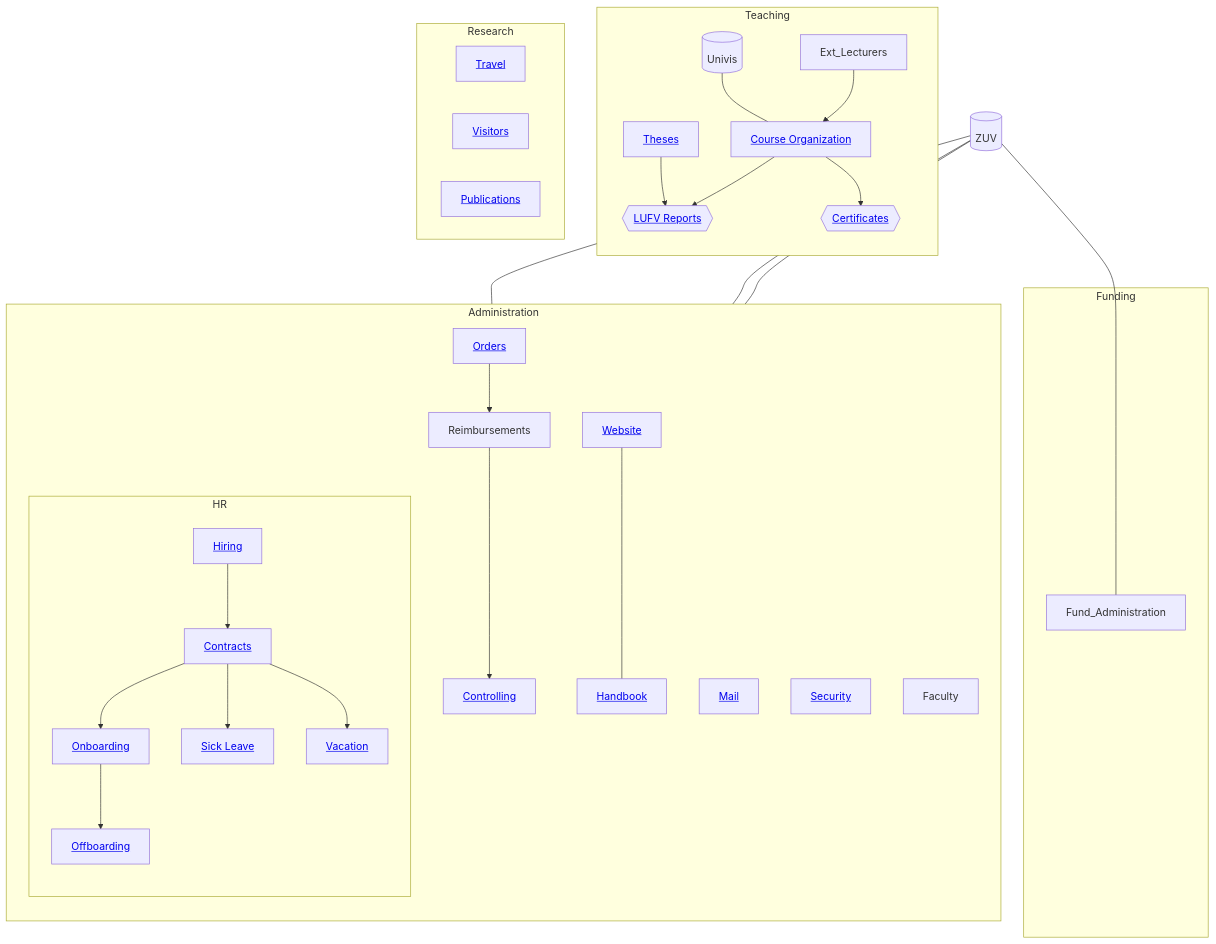
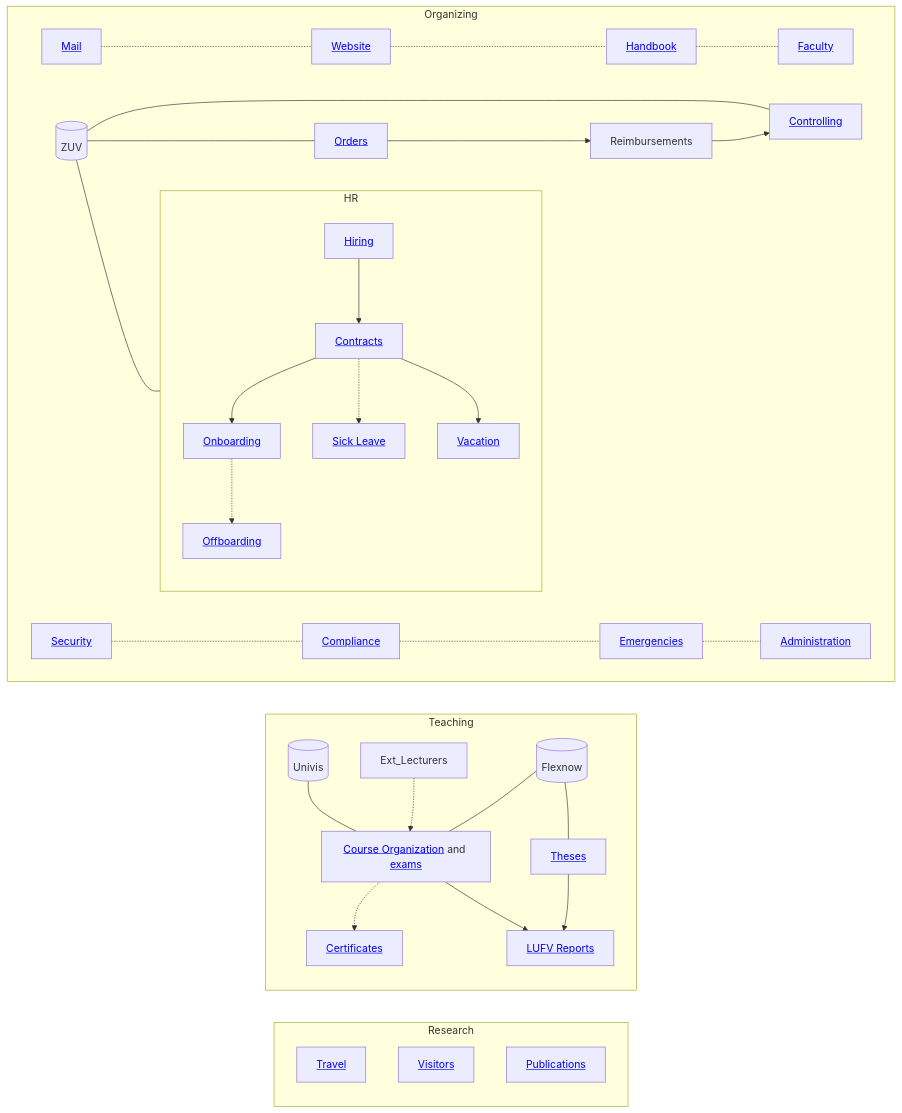
Before and after one commit to digital-work-lab/handbook: the diagram in docs/10-lab/10_processes/10.09.team_assistance.md, drawn with Mermaid. The commit also changed other lines of this file and 1 other file, not shown here.

````diff
--- a/docs/10-lab/10_processes/10.09.team_assistance.md
+++ b/docs/10-lab/10_processes/10.09.team_assistance.md
@@ -13,51 +13,46 @@
 ```mermaid
-flowchart TB
-
-    ZUV[(ZUV)]
-    Univis[(Univis)]
-
-    ZUV --- Controlling
-    ZUV --- Orders
-    ZUV --- Hiring
-    ZUV --- Fund_Administration
-
-    subgraph Teaching
-        direction TB
-        Ext_Lecturers --> Course_Orga["<a href='../../30-teaching/30_processes/30.02.courses.html'>Course Organization</a>"]
-        Course_Orga --> LUFV{{"<a href='../../30-teaching/30_processes/30.20.reports.html'>LUFV Reports</a>"}}
-        Theses["<a href='../../30-teaching/30_processes/30.40.theses.html'>Theses</a>"] --> LUFV
-        Course_Orga --> Certificates{{"<a href='../../30-teaching/30_processes/30.51.certificates.html'>Certificates</a>"}}
-        Univis --- Course_Orga
-    end
-
-    subgraph Funding
-        Fund_Administration
-    end
+flowchart  LR
 
     subgraph Research
         Travel["<a href='10.50.travel.html'>Travel</a>"]
         Visitors["<a href='10.53.visitors.html'>Visitors</a>"]
         Publications["<a href='../../20-research/20_processes/20.33.publication.html'>Publications</a>"]
     end
 
-    subgraph Administration
+    subgraph Teaching
         direction TB
-        Mail["<a href='10.51.mail.html'>Mail</a>"]
-        Security["<a href='10.72.security.html'>Security</a>"]
-        Faculty
+        Univis[(Univis)]
+        Flexnow[(Flexnow)]
+        Ext_Lecturers -.-> Course_Orga["<a href='../../30-teaching/30_processes/30.02.courses.html'>Course Organization</a> and <a href='TODO'>exams</a>"]
+        Course_Orga -.-> Certificates["<a href='../../30-teaching/30_processes/30.51.certificates.html'>Certificates</a>"]
+        Flexnow --- Course_Orga
+        Flexnow --- Theses
+        Course_Orga --> LUFV["<a href='../../30-teaching/30_processes/30.20.reports.html'>LUFV Reports</a>"]
+        Theses["<a href='../../30-teaching/30_processes/30.40.theses.html'>Theses</a>"] --> LUFV
+        Univis --- Course_Orga
+    end
+
+    subgraph Organizing
+        direction LR
+
+        Mail["<a href='10.51.mail.html'>Mail</a>"] -.- Website["<a href='10.11.website.html'>Website</a>"] -.- Handbook["<a href='10.10.handbook.html'>Handbook</a>"] -.- Faculty["<a href='10.60.faculty.html'>Faculty</a>"]
         Orders["<a href='10.52.orders.html'>Orders</a>"] --> Reimbursements
-        Reimbursements --> Controlling["<a href='10.70.controlling.html'>Controlling</a>"]
-        Website["<a href='10.11.website.html'>Website</a>"] --- Handbook["<a href='10.10.handbook.html'>Handbook</a>"]
 
+        
         subgraph HR
             direction TB
             Hiring["<a href='10.30.hiring.html'>Hiring</a>"] --> Contracts["<a href='10.31.contracts.html'>Contracts</a>"]
             Contracts --> Onboarding["<a href='10.32.onboarding.html'>Onboarding</a>"]
-            Contracts --> Sick_leave["<a href='10.35.sick_leave.html'>Sick Leave</a>"]
+            Contracts -.-> Sick_leave["<a href='10.35.sick_leave.html'>Sick Leave</a>"]
             Contracts --> Vacation["<a href='10.33.vacation.html'>Vacation</a>"]
-            Onboarding --> Offboarding["<a href='10.39.offboarding.html'>Offboarding</a>"]
+            Onboarding -.-> Offboarding["<a href='10.39.offboarding.html'>Offboarding</a>"]
         end
+        ZUV[(ZUV)]
+        ZUV --- Controlling
+        ZUV --- Orders
+        ZUV --- Hiring
+        Reimbursements --> Controlling["<a href='10.70.controlling.html'>Controlling</a>"]
+        Security["<a href='10.72.security.html'>Security</a>"] -.- Compliance["<a href='10.71.compliance.html'>Compliance</a>"] -.- Emergencies["<a href='10.73.emergencies.html'>Emergencies</a>"] -.- Administration["<a href='10.90.administration.html'>Administration</a>"]
     end
 
-
 ```
````
